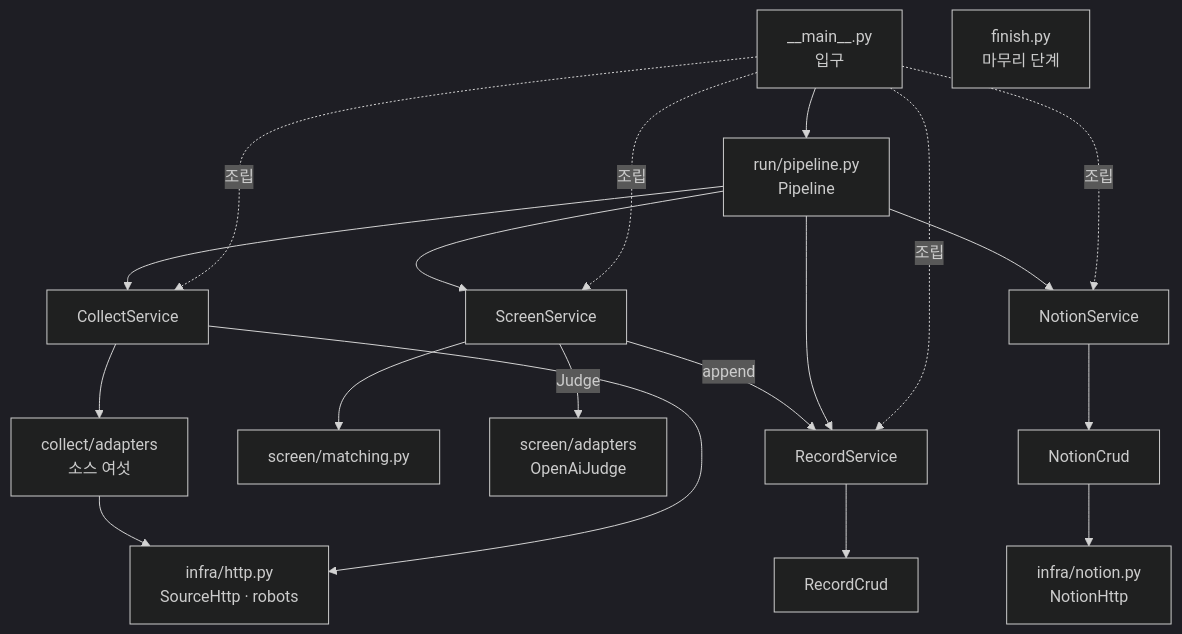
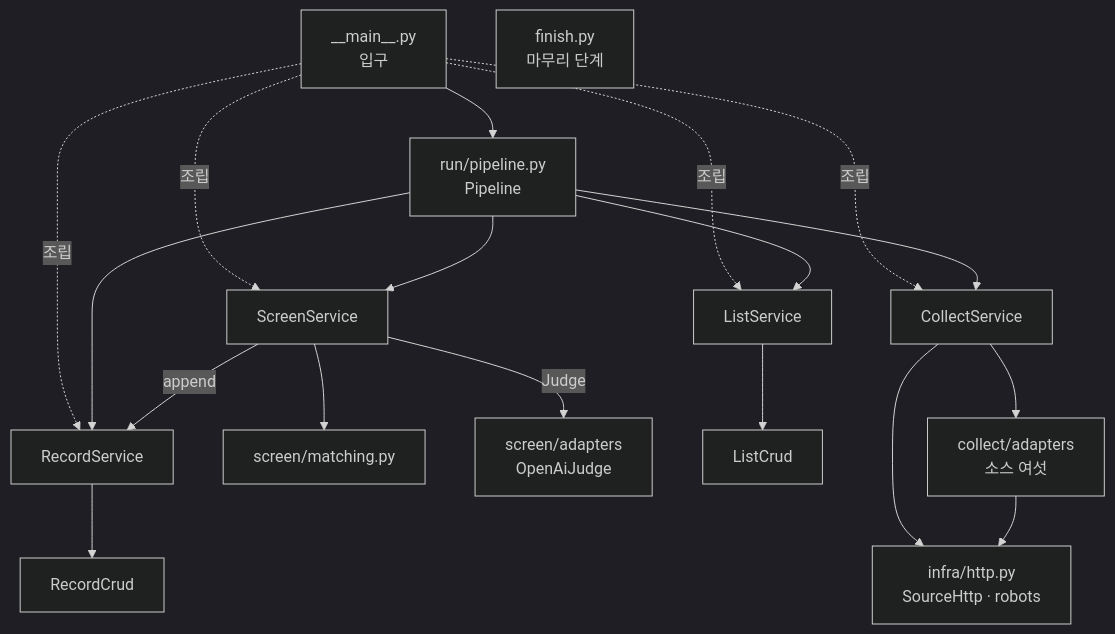
Before and after one commit to HoyoungParkme/competition-crawler: the seventh of 18 diagrams in docs/specs/06-DOM/CCR-DOM-002.md, drawn with Mermaid (dark theme). The commit also changed other lines of this file, not shown here.

````diff
--- a/docs/specs/06-DOM/CCR-DOM-002.md
+++ b/docs/specs/06-DOM/CCR-DOM-002.md
@@ -284,36 +364,34 @@
 ```mermaid
 flowchart TB
     main["__main__.py<br/>입구"]
     PL["run/pipeline.py<br/>Pipeline"]
     CS[CollectService]
     SRC["collect/adapters<br/>소스 여섯"]
     SS[ScreenService]
     MT["screen/matching.py"]
     OJ["screen/adapters<br/>OpenAiJudge"]
-    NS[NotionService]
-    NC[NotionCrud]
+    LS[ListService]
+    LC[ListCrud]
     RS[RecordService]
     RC[RecordCrud]
     SH["infra/http.py<br/>SourceHttp · robots"]
-    NH["infra/notion.py<br/>NotionHttp"]
     FIN["finish.py<br/>마무리 단계"]
 
     main --> PL
     main -.->|조립| CS
     main -.->|조립| SS
-    main -.->|조립| NS
+    main -.->|조립| LS
     main -.->|조립| RS
     PL --> CS
     PL --> SS
-    PL --> NS
+    PL --> LS
     PL --> RS
     CS --> SRC
     CS --> SH
     SRC --> SH
     SS --> MT
     SS -->|Judge| OJ
     SS -->|append| RS
-    NS --> NC
-    NC --> NH
+    LS --> LC
     RS --> RC
 ```
````
